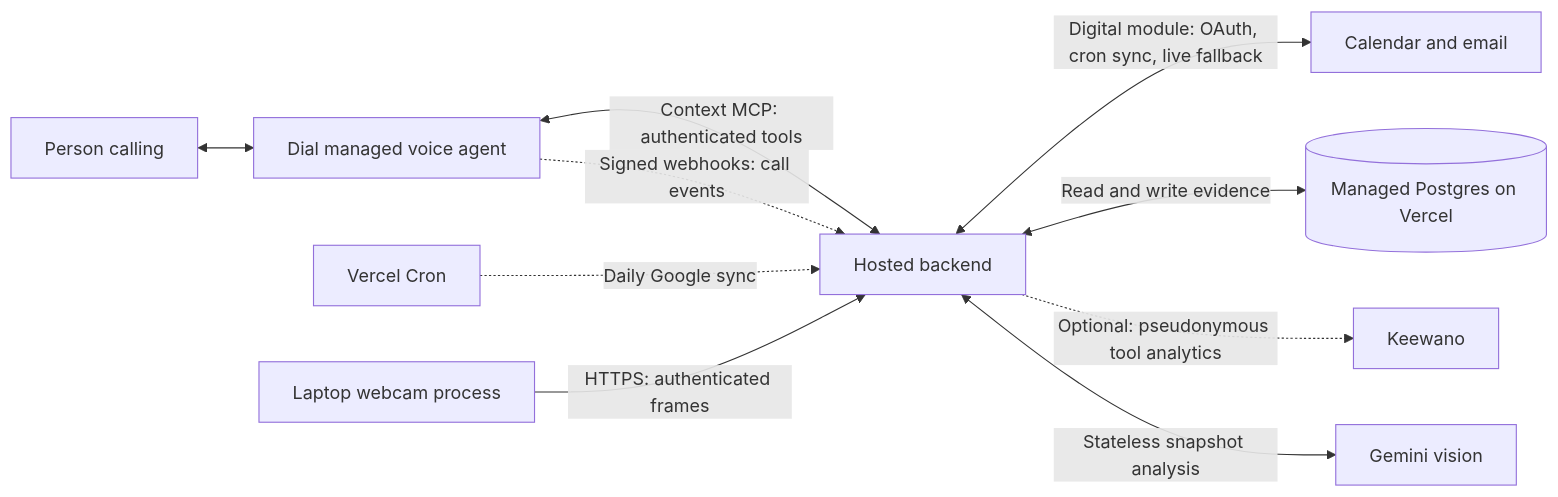
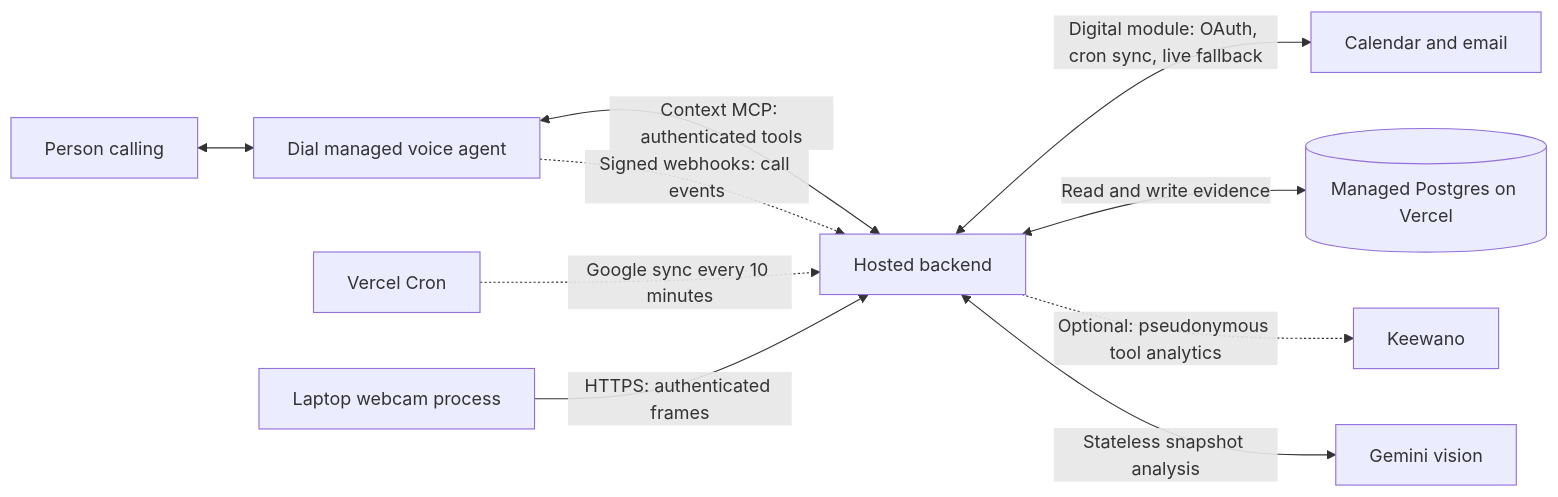
The diagram in README.md (mattdomingo/speedhacks), drawn with Mermaid before and after one commit. The commit also changed other lines of this file and 13 other files, not shown here.

````diff
--- a/README.md
+++ b/README.md
@@ -13,12 +13,12 @@
 ```mermaid
 flowchart LR
     Caller[Person calling] <--> Dial[Dial managed voice agent]
     Dial <-->|Context MCP: authenticated tools| Backend[Hosted backend]
     Backend <-->|Digital module: OAuth, cron sync, live fallback| Google[Calendar and email]
     Backend <-->|Read and write evidence| Store[(Managed Postgres on Vercel)]
-    Cron[Vercel Cron] -.->|Daily Google sync| Backend
+    Cron[Vercel Cron] -.->|Google sync every 10 minutes| Backend
     Dial -.->|Signed webhooks: call events| Backend
     Backend -.->|Optional: pseudonymous tool analytics| Keewano[Keewano]
     Camera[Laptop webcam process] -->|HTTPS: authenticated frames| Backend
     Backend <-->|Stateless snapshot analysis| Vision[Gemini vision]
 ```
````
